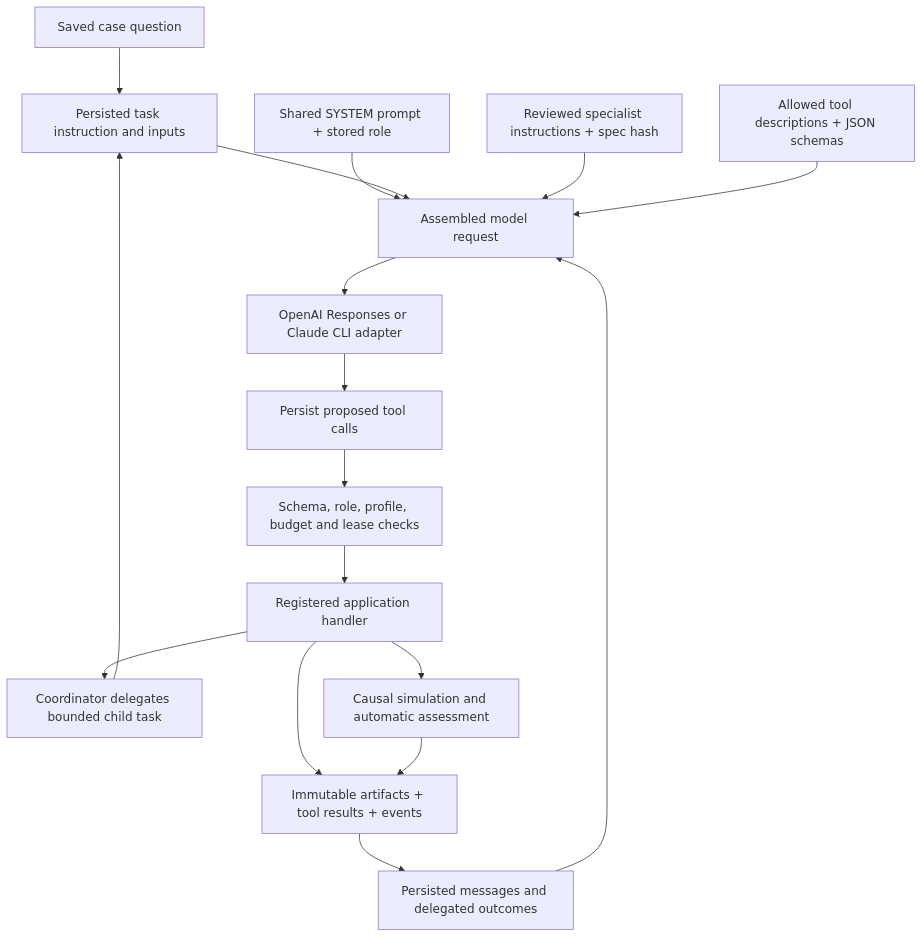
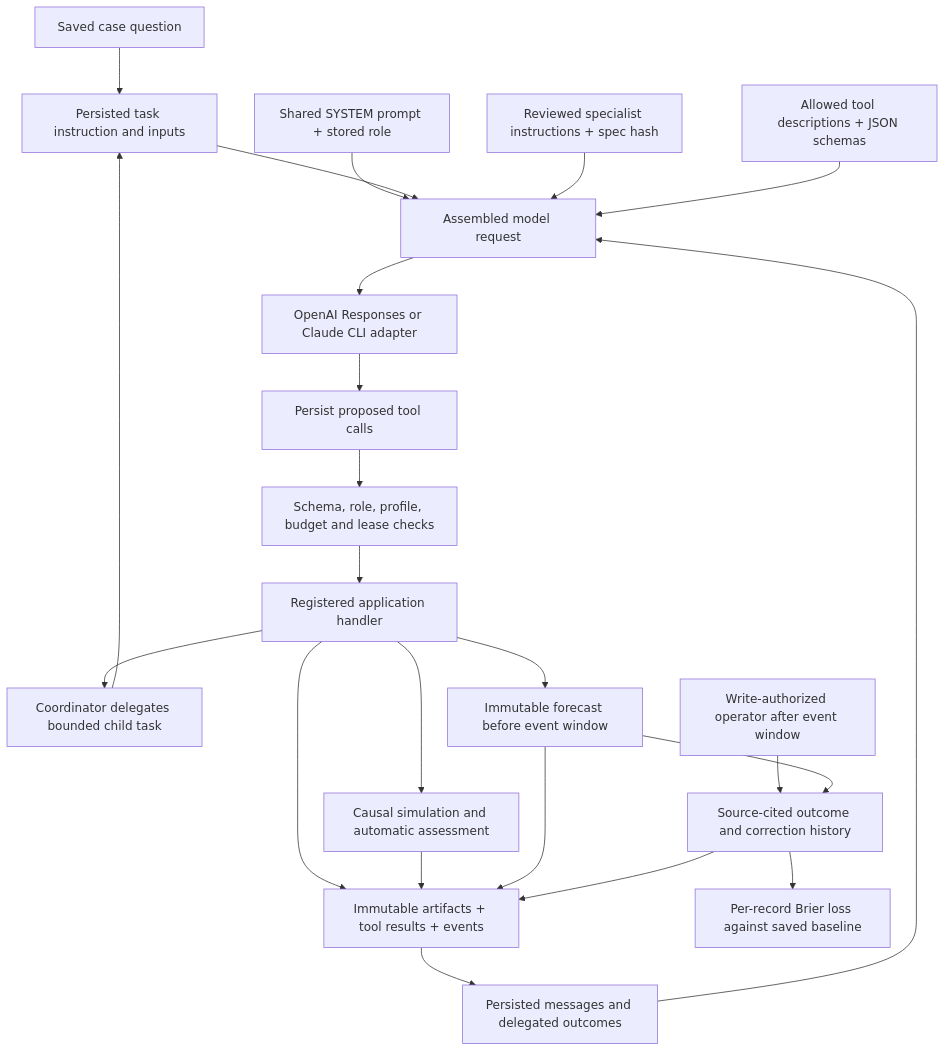
The first of 6 diagrams in docs/generated/agent-architecture.md (ashwindaswanibu/agentic-investment-research), drawn with Mermaid before and after one commit. The commit also changed other lines of this file and 25 other files, not shown here.

Commit message:
Track registered forecasts through source-backed outcome corrections

````diff
--- a/docs/generated/agent-architecture.md
+++ b/docs/generated/agent-architecture.md
@@ -7,19 +7,25 @@
 ```mermaid
 flowchart TD
  Case["Saved case question"] --> Task["Persisted task instruction and inputs"]
  Shared["Shared SYSTEM prompt + stored role"] --> Prompt["Assembled model request"]
  Task --> Prompt
  Profile["Reviewed specialist instructions + spec hash"] --> Prompt
  ToolSchemas["Allowed tool descriptions + JSON schemas"] --> Prompt
  Transcript["Persisted messages and delegated outcomes"] --> Prompt
  Prompt --> Provider["OpenAI Responses or Claude CLI adapter"]
  Provider --> Calls["Persist proposed tool calls"]
  Calls --> Gate["Schema, role, profile, budget and lease checks"]
  Gate --> Handler["Registered application handler"]
  Handler --> Record["Immutable artifacts + tool results + events"]
  Record --> Transcript
  Handler --> Delegate["Coordinator delegates bounded child task"]
  Delegate --> Task
  Handler --> Experiment["Causal simulation and automatic assessment"]
  Experiment --> Record
+ Handler --> Forecast["Immutable forecast before event window"]
+ Forecast --> Record
+ Operator["Write-authorized operator after event window"] --> Resolution["Source-cited outcome and correction history"]
+ Forecast --> Resolution
+ Resolution --> Record
+ Resolution --> Score["Per-record Brier loss against saved baseline"]
 ```
````
